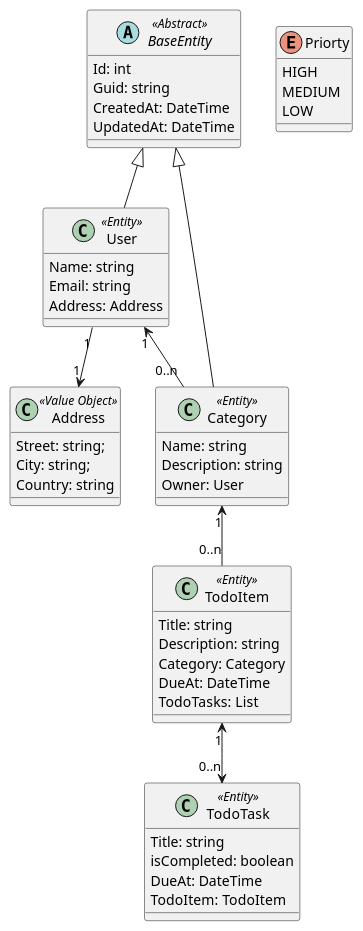
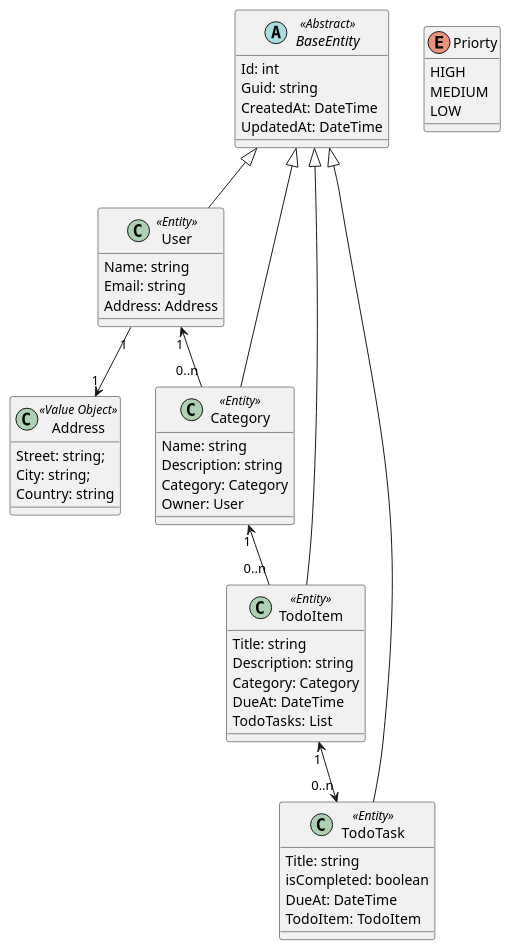
The diagram in model.puml (rw-dalai/TodoExtBackend), drawn with PlantUML before and after one commit. The commit also changed 12 other files, not shown here.

```diff
--- a/model.puml
+++ b/model.puml
@@ -1,63 +1,66 @@
 @startuml
 
 
 abstract class BaseEntity <<Abstract>> {
   Id: int
   Guid: string
   CreatedAt: DateTime
   UpdatedAt: DateTime
 }
 
 
 enum Priorty {
   HIGH
   MEDIUM
   LOW
 }
 
 
 class User <<Entity>> {
   Name: string
   Email: string
   Address: Address
 }
 
 class Address <<Value Object>> {
 
   Street: string;
   City: string;
   Country: string
 }
 
 class Category <<Entity>> {
   Name: string
   Description: string
+  Category: Category
   Owner: User
 }
 
 class TodoItem <<Entity>> {
   Title: string
   Description: string
   Category: Category
   DueAt: DateTime
   TodoTasks: List
 }
 
 class TodoTask <<Entity>> {
   Title: string
   isCompleted: boolean
   DueAt: DateTime
   TodoItem: TodoItem
   
 }
 
 BaseEntity <|-- User
 BaseEntity <|-- Category
+BaseEntity <|-- TodoItem
+BaseEntity <|-- TodoTask
 
 User "1" --> "1" Address
 User "1" <-- "0..n" Category
 Category "1" <-- "0..n" TodoItem
 TodoItem "1" <--> "0..n" TodoTask
 
 
 @enduml
```
